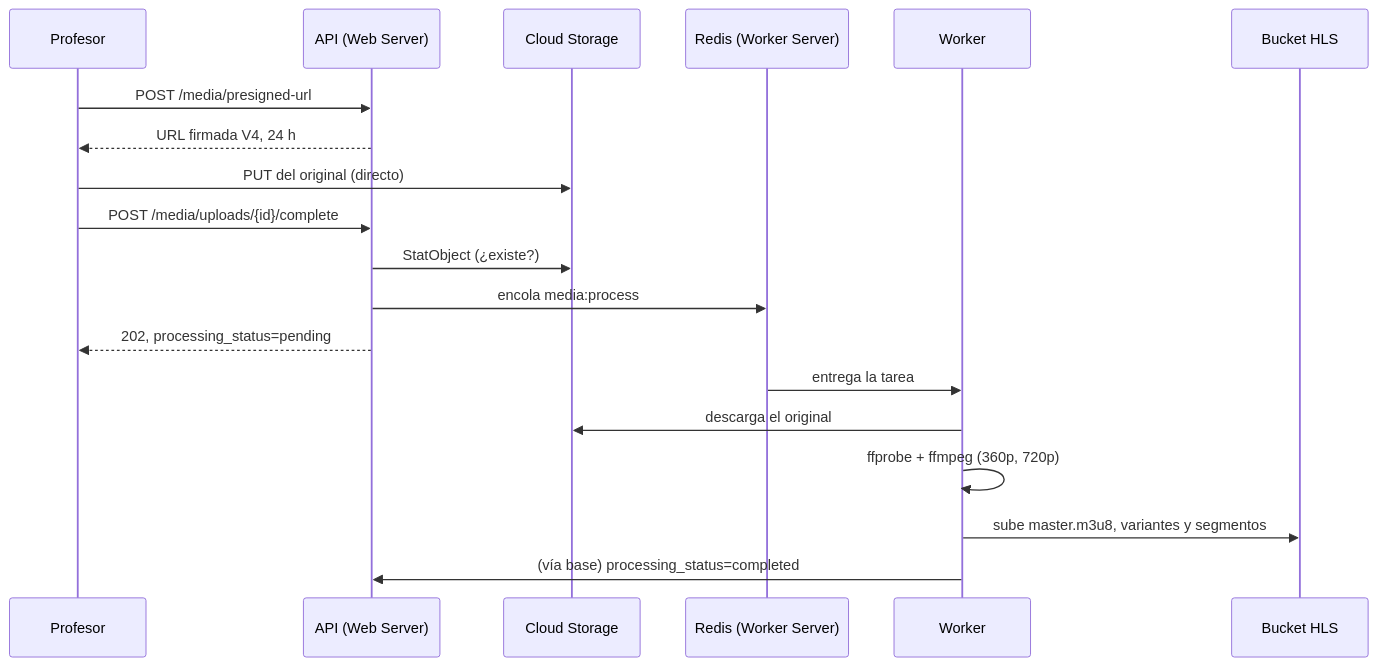
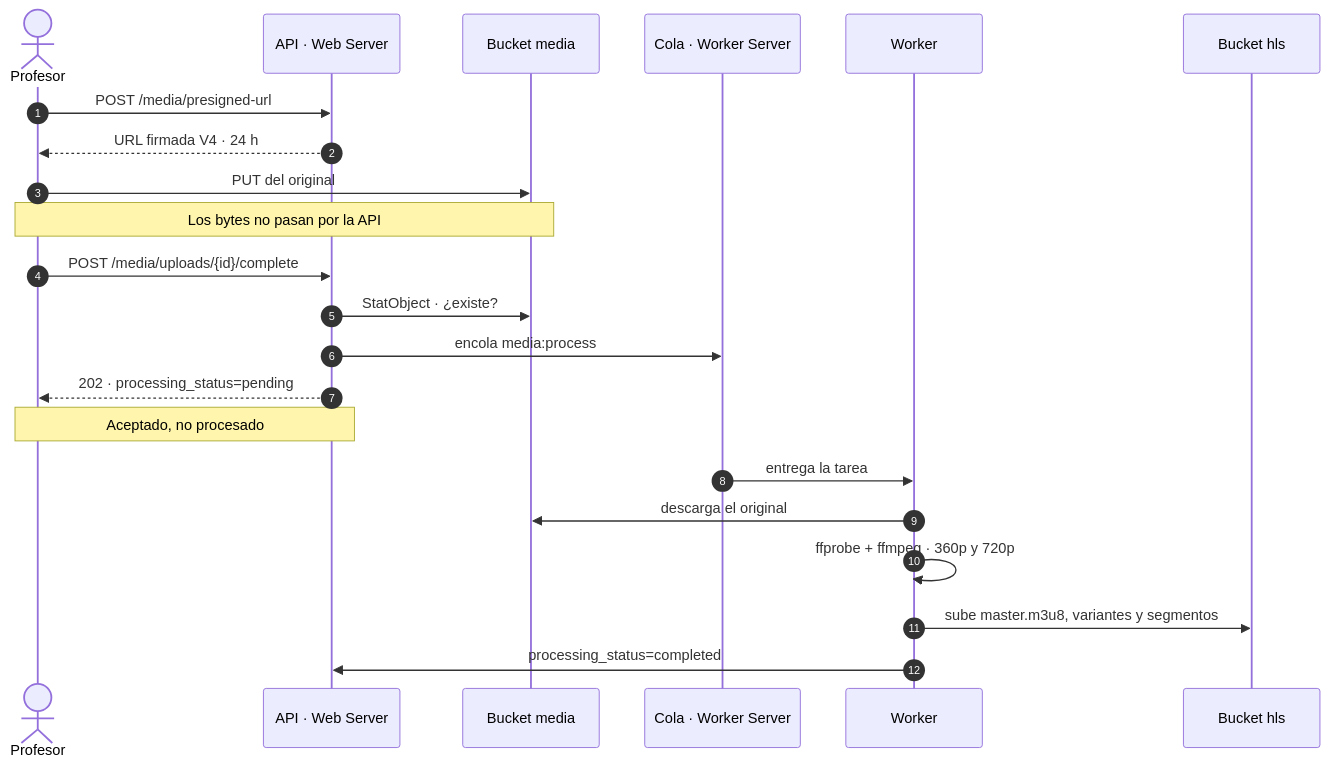
One commit to ISIS4426-2026/Plataforma-MOOC changed the second of 3 diagrams in docs/entrega2/ARQUITECTURA.md. Above: the diagram before and after it, drawn with Mermaid. The commit also changed other lines of this file and 2 other files, not shown here.

Commit message:
adjust architecture graphs

````diff
--- a/docs/entrega2/ARQUITECTURA.md
+++ b/docs/entrega2/ARQUITECTURA.md
@@ -129,22 +146,25 @@
 ```mermaid
 sequenceDiagram
-    participant P as Profesor
-    participant A as API (Web Server)
-    participant B as Cloud Storage
-    participant Q as Redis (Worker Server)
+    autonumber
+    actor P as Profesor
+    participant A as API · Web Server
+    participant B as Bucket media
+    participant Q as Cola · Worker Server
     participant W as Worker
-    participant H as Bucket HLS
+    participant H as Bucket hls
 
     P->>A: POST /media/presigned-url
-    A-->>P: URL firmada V4, 24 h
-    P->>B: PUT del original (directo)
+    A-->>P: URL firmada V4 · 24 h
+    P->>B: PUT del original
+    Note over P,B: Los bytes no pasan por la API
     P->>A: POST /media/uploads/{id}/complete
-    A->>B: StatObject (¿existe?)
+    A->>B: StatObject · ¿existe?
     A->>Q: encola media:process
-    A-->>P: 202, processing_status=pending
+    A-->>P: 202 · processing_status=pending
+    Note over A,P: Aceptado, no procesado
     Q->>W: entrega la tarea
     W->>B: descarga el original
-    W->>W: ffprobe + ffmpeg (360p, 720p)
+    W->>W: ffprobe + ffmpeg · 360p y 720p
     W->>H: sube master.m3u8, variantes y segmentos
-    W->>A: (vía base) processing_status=completed
+    W->>A: processing_status=completed
 ```
````
